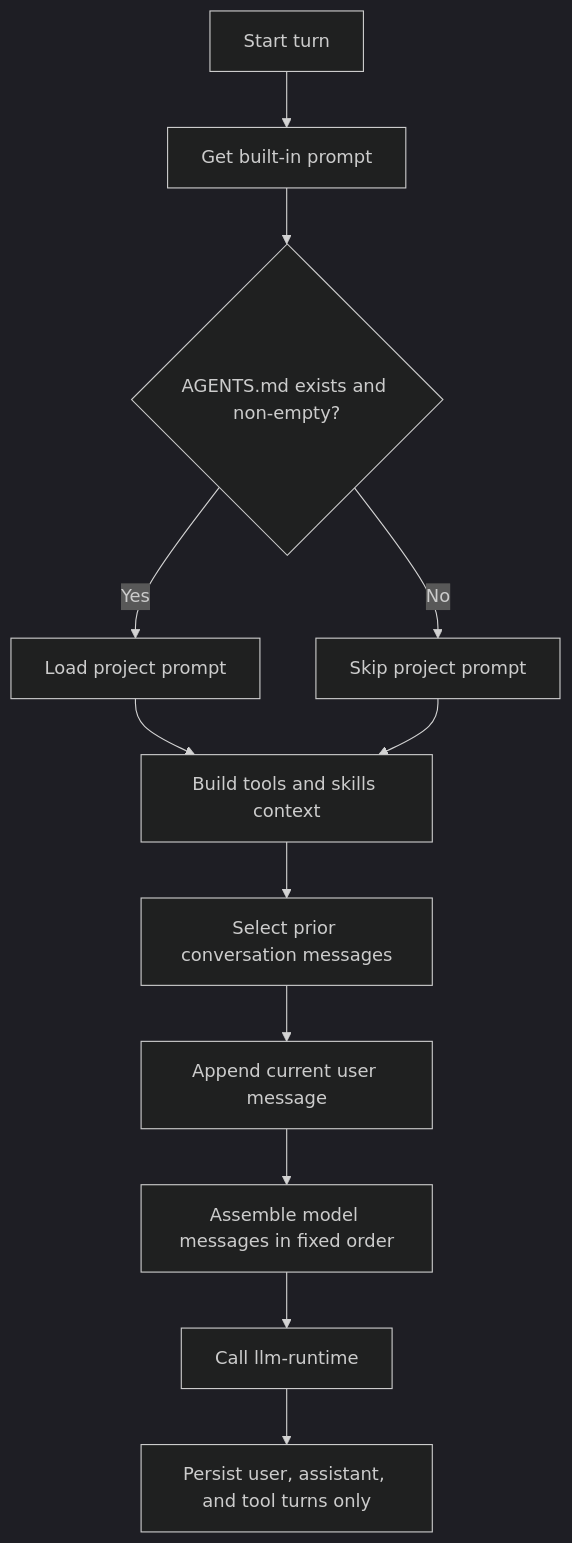
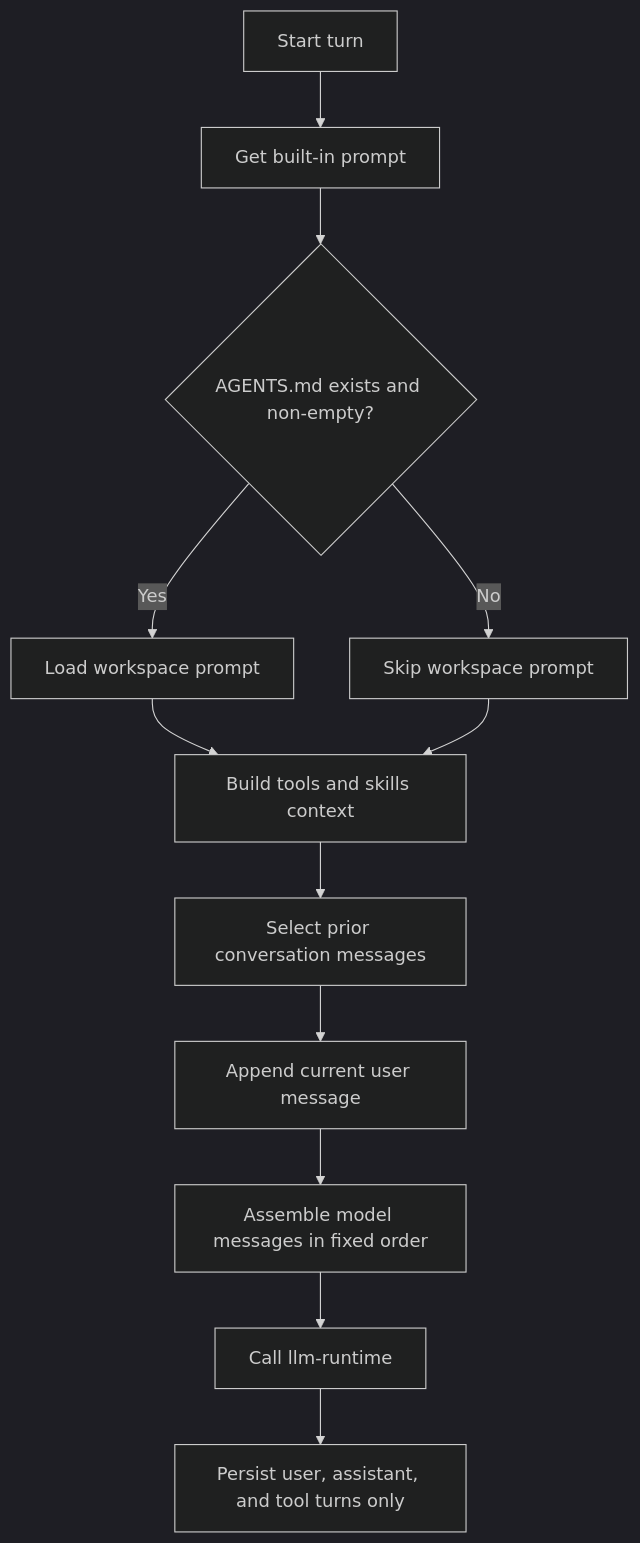
The diagram in .docs/plans/2026/05/11/plan-conversation-prompt-order.md (yysun/agent-cli), drawn with Mermaid (dark theme) before and after one commit. The commit also changed other lines of this file and 41 other files, not shown here.

Commit message:
refactor: rename project root to workspace

````diff
--- a/.docs/plans/2026/05/11/plan-conversation-prompt-order.md
+++ b/.docs/plans/2026/05/11/plan-conversation-prompt-order.md
@@ -73,14 +73,14 @@
 ```mermaid
 flowchart TD
     A[Start turn] --> B[Get built-in prompt]
     B --> C{AGENTS.md exists and non-empty?}
-    C -- Yes --> D[Load project prompt]
-    C -- No --> E[Skip project prompt]
+    C -- Yes --> D[Load workspace prompt]
+    C -- No --> E[Skip workspace prompt]
     D --> F[Build tools and skills context]
     E --> F
     F --> G[Select prior conversation messages]
     G --> H[Append current user message]
     H --> I[Assemble model messages in fixed order]
     I --> J[Call llm-runtime]
     J --> K[Persist user, assistant, and tool turns only]
 ```
````
